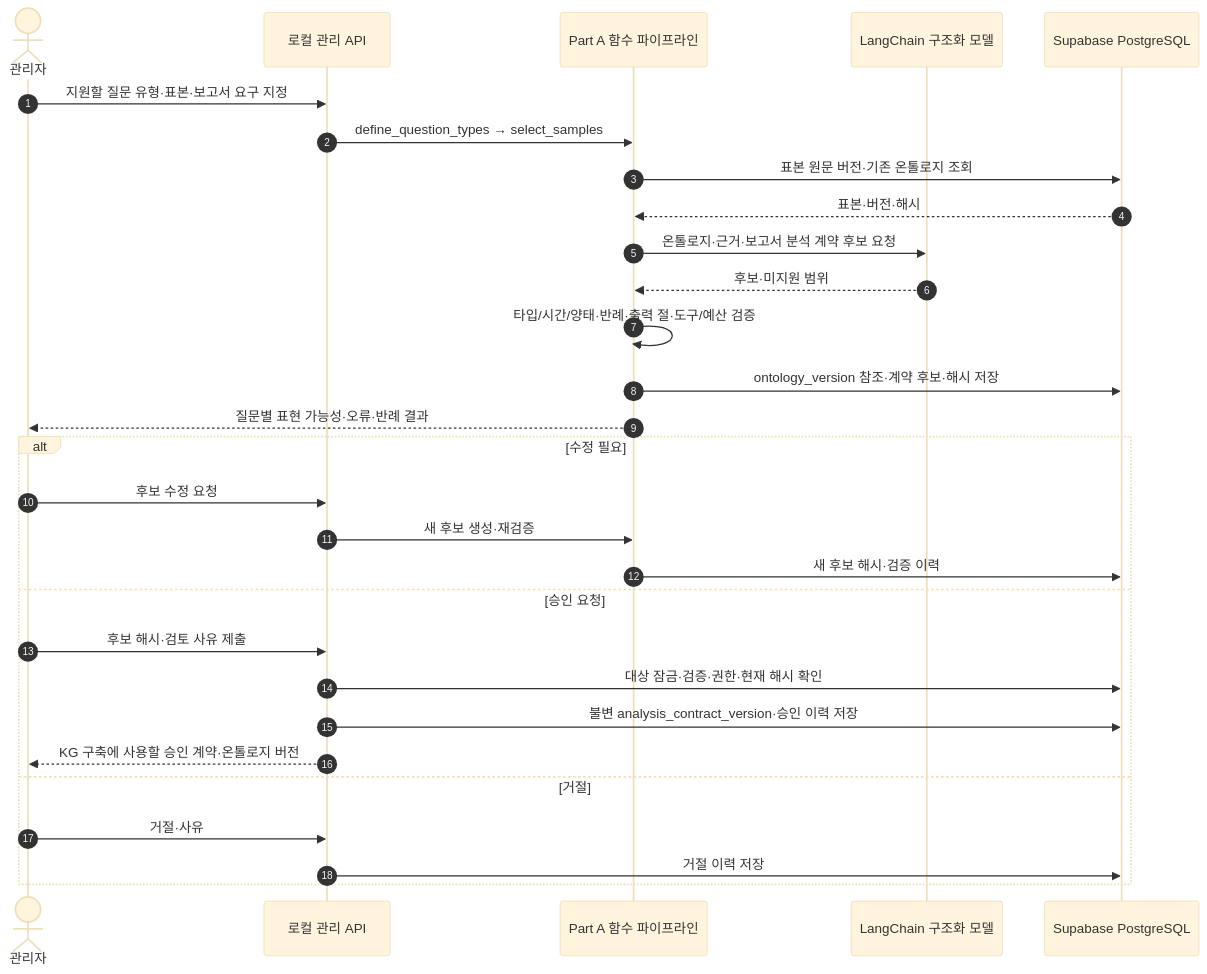
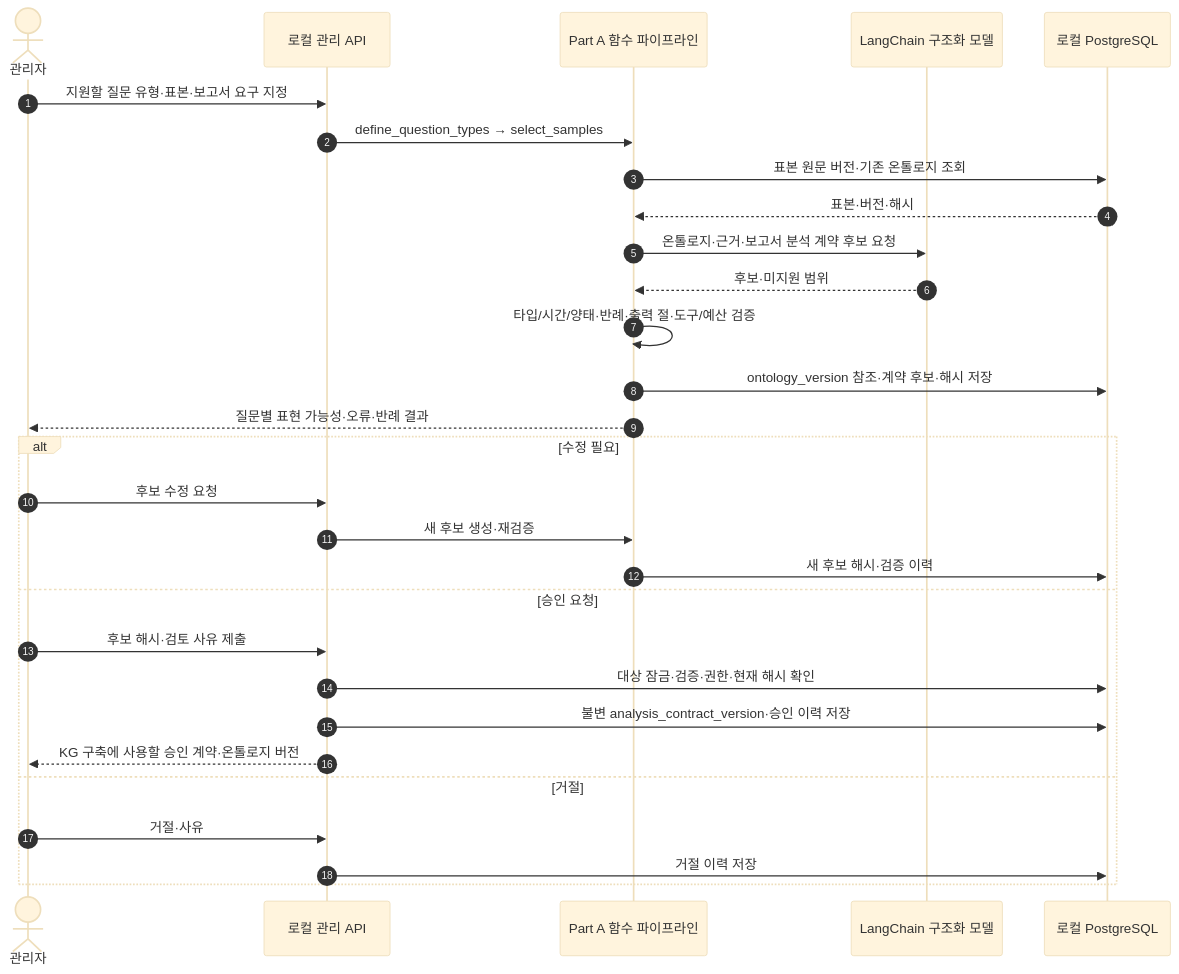
One commit to mykim711231/NewsContext changed the third of 17 diagrams in docs/sequences.md. Above: the diagram before and after it, drawn with Mermaid (base theme). The commit also changed other lines of this file and 11 other files, not shown here.

First line of the commit message:
docs: store KG in local PostgreSQL graph tables, drop Neo4j

````diff
--- a/docs/sequences.md
+++ b/docs/sequences.md
@@ -99,31 +102,31 @@
 ```mermaid
 sequenceDiagram
     autonumber
     actor Admin as 관리자
     participant API as 로컬 관리 API
     participant A as Part A 함수 파이프라인
     participant Model as LangChain 구조화 모델
-    participant DB as Supabase PostgreSQL
+    participant DB as 로컬 PostgreSQL
     Admin->>API: 지원할 질문 유형·표본·보고서 요구 지정
     API->>A: define_question_types → select_samples
     A->>DB: 표본 원문 버전·기존 온톨로지 조회
     DB-->>A: 표본·버전·해시
     A->>Model: 온톨로지·근거·보고서 분석 계약 후보 요청
     Model-->>A: 후보·미지원 범위
     A->>A: 타입/시간/양태·반례·출력 절·도구/예산 검증
     A->>DB: ontology_version 참조·계약 후보·해시 저장
     A-->>Admin: 질문별 표현 가능성·오류·반례 결과
     alt 수정 필요
         Admin->>API: 후보 수정 요청
         API->>A: 새 후보 생성·재검증
         A->>DB: 새 후보 해시·검증 이력
     else 승인 요청
         Admin->>API: 후보 해시·검토 사유 제출
         API->>DB: 대상 잠금·검증·권한·현재 해시 확인
         API->>DB: 불변 analysis_contract_version·승인 이력 저장
         API-->>Admin: KG 구축에 사용할 승인 계약·온톨로지 버전
     else 거절
         Admin->>API: 거절·사유
         API->>DB: 거절 이력 저장
     end
 ```
````
